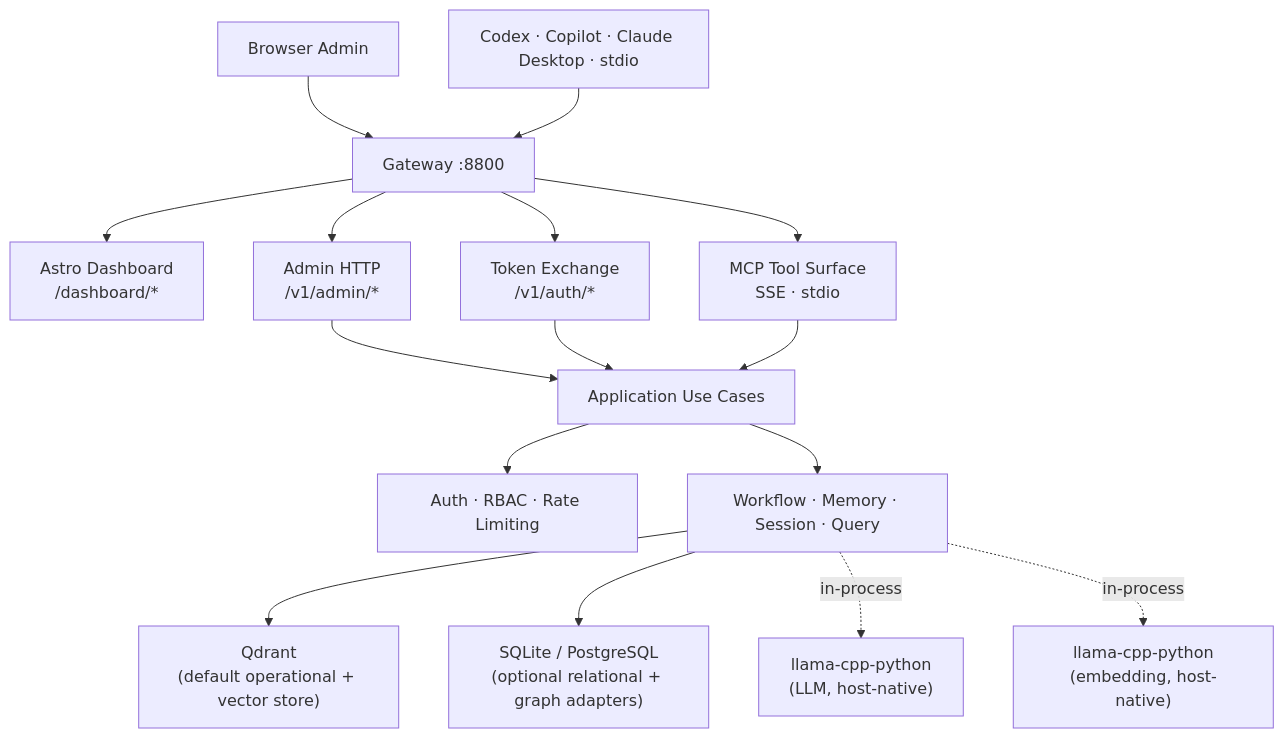
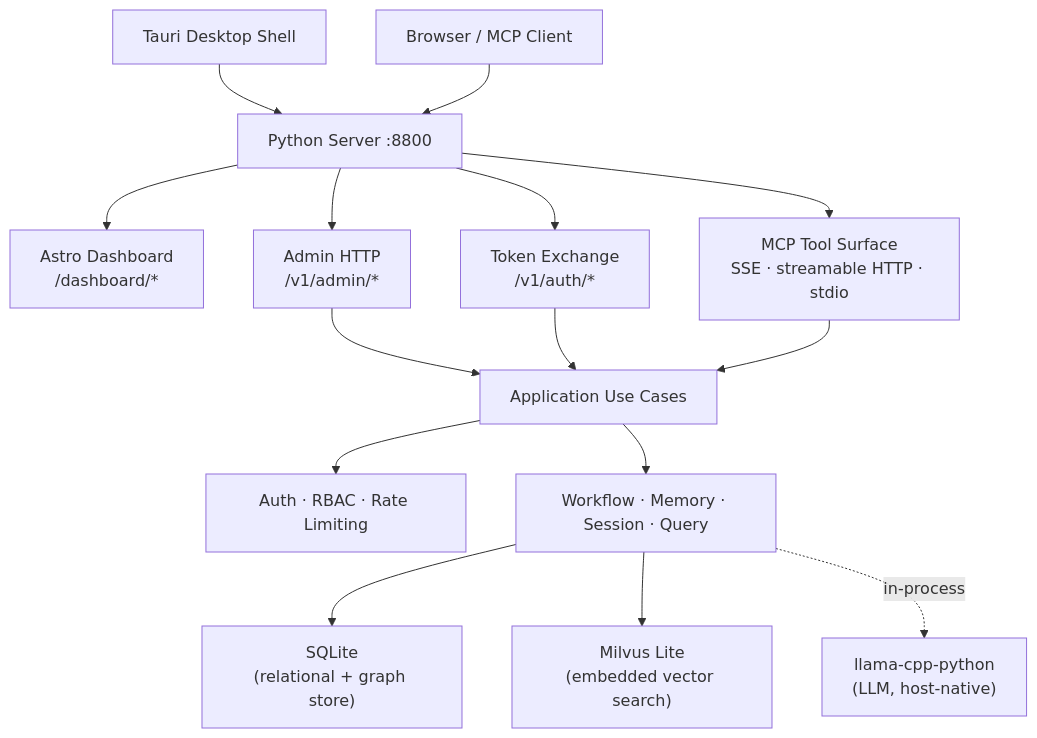
The first of 2 diagrams in docs/architecture/minder-server.md (hiimtrung/minder), drawn with Mermaid before and after one commit. The commit also changed other lines of this file and 69 other files, not shown here.

Commit message:
refactor: update query tool logic and rebuild tauri artifacts

````diff
--- a/docs/architecture/minder-server.md
+++ b/docs/architecture/minder-server.md
@@ -12,20 +9,18 @@
 ```mermaid
 flowchart TB
-    Browser["Browser Admin"] --> Gateway["Gateway :8800"]
-    MCP["Codex · Copilot · Claude Desktop · stdio"] --> Gateway
+    Desktop["Tauri Desktop Shell"] --> Server["Python Server :8800"]
+    Browser["Browser / MCP Client"] --> Server
 
-    Gateway --> Dashboard["Astro Dashboard\n/dashboard/*"]
-    Gateway --> AdminAPI["Admin HTTP\n/v1/admin/*"]
-    Gateway --> AuthAPI["Token Exchange\n/v1/auth/*"]
-    Gateway --> MCPTools["MCP Tool Surface\nSSE · stdio"]
+    Server --> Dashboard["Astro Dashboard\n/dashboard/*"]
+    Server --> AdminAPI["Admin HTTP\n/v1/admin/*"]
+    Server --> AuthAPI["Token Exchange\n/v1/auth/*"]
+    Server --> MCPTools["MCP Tool Surface\nSSE · streamable HTTP · stdio"]
 
     AdminAPI & AuthAPI & MCPTools --> UseCases["Application Use Cases"]
-
     UseCases --> Auth["Auth · RBAC · Rate Limiting"]
     UseCases --> Services["Workflow · Memory · Session · Query"]
 
-    Services --> Qdrant["Qdrant\n(default operational + vector store)"]
-    Services --> SqlStore["SQLite / PostgreSQL\n(optional relational + graph adapters)"]
+    Services --> SQLite["SQLite\n(relational + graph store)"]
+    Services --> Milvus["Milvus Lite\n(embedded vector search)"]
     Services -.->|"in-process"| LlamaCpp["llama-cpp-python\n(LLM, host-native)"]
-    Services -.->|"in-process"| LlamaCppEmbed["llama-cpp-python\n(embedding, host-native)"]
 ```
````
